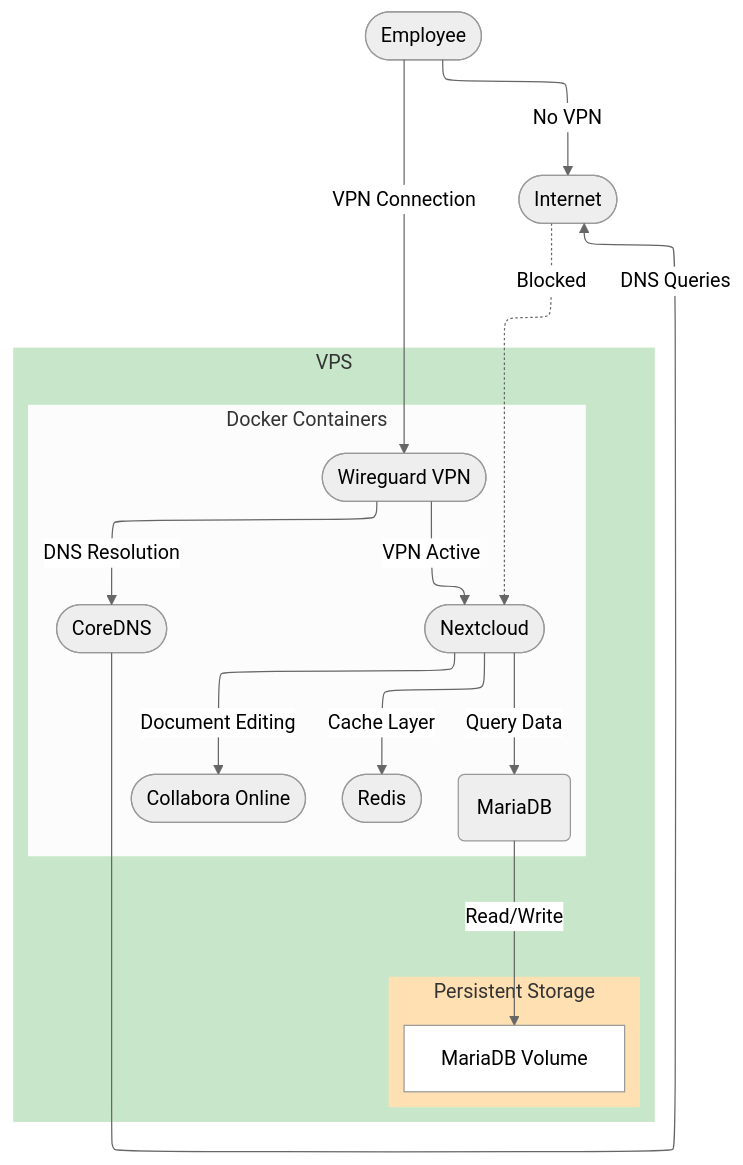
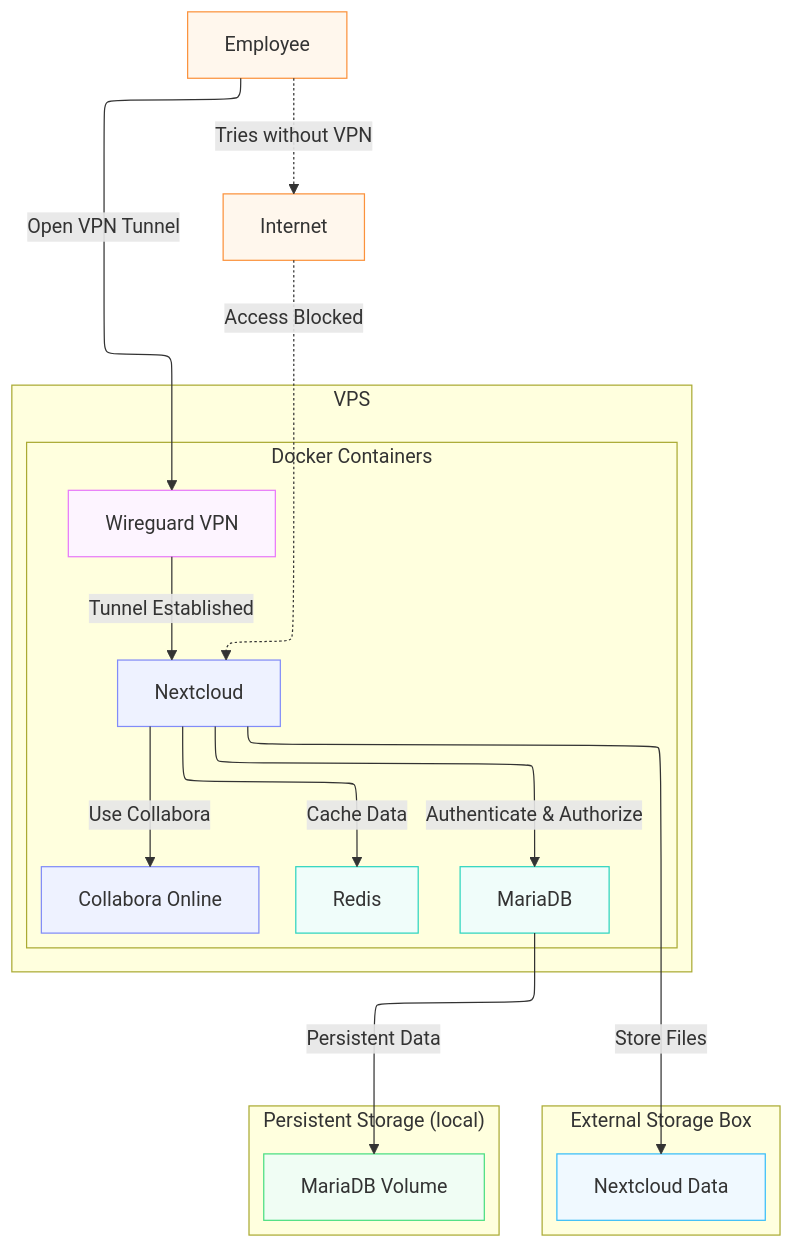
The diagram in AGRUPA-cloud.md (andretaborda1806/AGRUPA-cloud), drawn with Mermaid before and after one commit.

````diff
--- a/AGRUPA-cloud.md
+++ b/AGRUPA-cloud.md
@@ -18,39 +18,50 @@
 ```mermaid
 ---
 config:
   layout: elk
-  theme: neutral
 ---
 flowchart TB
- subgraph Containers["Docker Containers"]
-        NC(["Nextcloud"])
-        WG(["Wireguard VPN"])
-        MDB["MariaDB"]
-        RD(["Redis"])
-        CO(["Collabora Online"])
-        CD(["CoreDNS"])
-  end
- subgraph Storage["Persistent Storage"]
+    subgraph VPS["VPS"]
+        subgraph Containers["Docker Containers"]
+            WG["Wireguard VPN"]
+            NC["Nextcloud"]
+            MDB["MariaDB"]
+            RD["Redis"]
+            CO["Collabora Online"]
+        end
+    end
+
+    subgraph ExternalStorage["External Storage Box"]
+        NCDATA["Nextcloud Data"]
+    end
+
+    subgraph Storage["Persistent Storage (local)"]
         VOL["MariaDB Volume"]
-  end
- subgraph VPS["VPS"]
-        Containers
-        Storage
-  end
-    EMP(["Employee"]) -- VPN Connection --> WG
-    WG -- VPN Active --> NC
-    NC -- Query Data --> MDB
-    MDB -- Read/Write --> VOL
-    NC -- Cache Layer --> RD
-    NC -- Document Editing --> CO
-    WG -- DNS Resolution --> CD
-    CD -- DNS Queries --> INT(["Internet"])
-    EMP -- No VPN --> INT
-    INT -. Blocked .-> NC
+    end
 
-    MDB@{ shape: rounded}
-    style VOL fill:#ffffff
-    style Containers fill:#fcfcfc,stroke:#fcfcfc
-    style Storage fill:#FFE0B2,stroke:#FFE0B2
-    style VPS fill:#C8E6C9,stroke:#C8E6C9
+    EMP["Employee"]
+    INT["Internet"]
+
+    EMP -->|Open VPN Tunnel| WG
+    WG -->|Tunnel Established| NC
+    NC -->|Authenticate & Authorize| MDB
+    NC -->|Store Files| NCDATA
+    MDB -->|Persistent Data| VOL
+    NC -->|Cache Data| RD
+    NC -->|Use Collabora| CO
+    EMP -.->|Tries without VPN| INT
+    INT -.->|Access Blocked| NC
+
+    classDef vpnContainer stroke:#e879f9,fill:#fdf4ff
+    classDef dataContainer stroke:#2dd4bf,fill:#f0fdfa
+    classDef appContainer stroke:#818cf8,fill:#eef2ff
+    classDef storage stroke:#4ade80,fill:#f0fdf4
+    classDef external stroke:#fb923c,fill:#fff7ed
+    classDef externalStorage stroke:#38bdf8,fill:#f0f9ff
+    class WG vpnContainer
+    class MDB,RD dataContainer
+    class NC,CO appContainer
+    class VOL storage
+    class NCDATA externalStorage
+    class EMP,INT external
 ```
````
